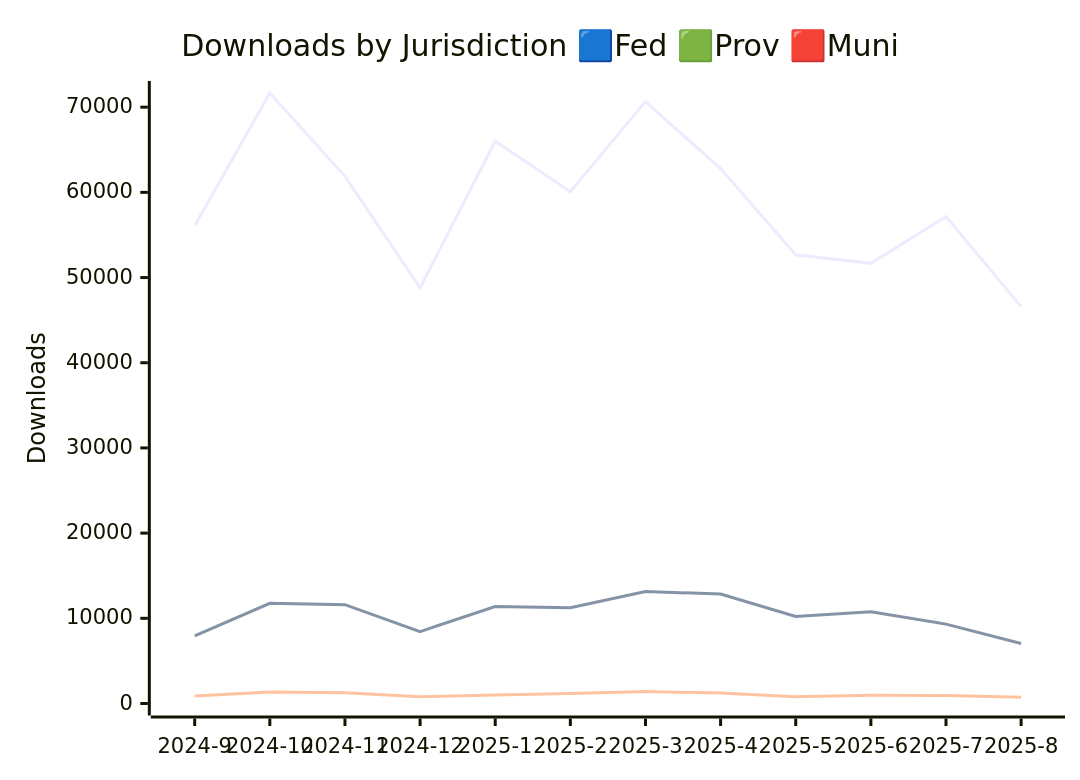
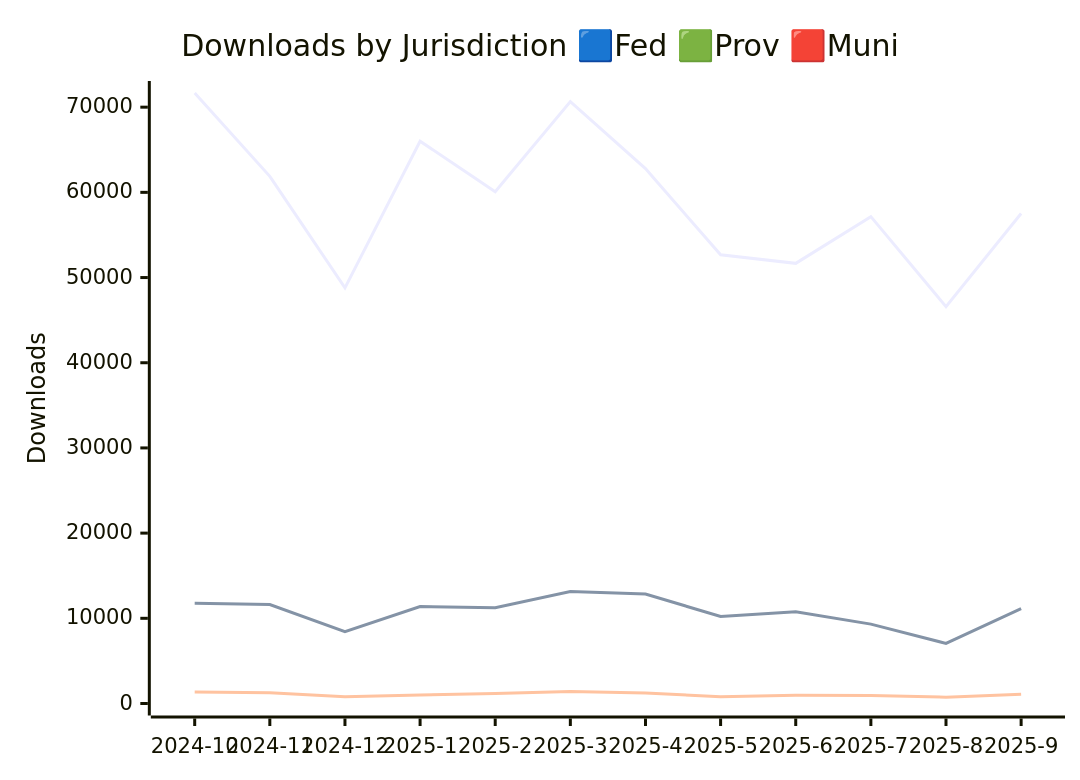
One commit to PatLittle/analytics-corporate-reporting changed the first of 3 diagrams in JURISDICTION_ANALYTICS_REPORT/readme.md. Above: the diagram before and after it, drawn with Mermaid. The commit also changed other lines of this file and 3 other files, not shown here.

````diff
--- a/JURISDICTION_ANALYTICS_REPORT/readme.md
+++ b/JURISDICTION_ANALYTICS_REPORT/readme.md
@@ -4,10 +4,10 @@
 ```mermaid
 
 xychart-beta
     title "Downloads by Jurisdiction 🟦Fed 🟩Prov 🟥Muni"
-    x-axis [2024-9, 2024-10, 2024-11, 2024-12, 2025-1, 2025-2, 2025-3, 2025-4, 2025-5, 2025-6, 2025-7, 2025-8]
+    x-axis [2024-10, 2024-11, 2024-12, 2025-1, 2025-2, 2025-3, 2025-4, 2025-5, 2025-6, 2025-7, 2025-8, 2025-9]
     y-axis "Downloads" 0 --> 71663
-    line [56076, 71653, 61880, 48792, 66001, 60081, 70652, 62785, 52668, 51665, 57151, 46588]
-    line [7932, 11758, 11603, 8441, 11387, 11244, 13147, 12846, 10223, 10780, 9319, 7050]
-    line [876, 1351, 1257, 797, 994, 1163, 1400, 1222, 801, 964, 948, 744]
+    line [71653, 61880, 48792, 66001, 60081, 70652, 62785, 52668, 51665, 57151, 46588, 57523]
+    line [11758, 11607, 8442, 11387, 11248, 13149, 12847, 10223, 10781, 9321, 7051, 11133]
+    line [1351, 1257, 797, 994, 1163, 1400, 1222, 801, 964, 948, 744, 1077]
 ```
````
